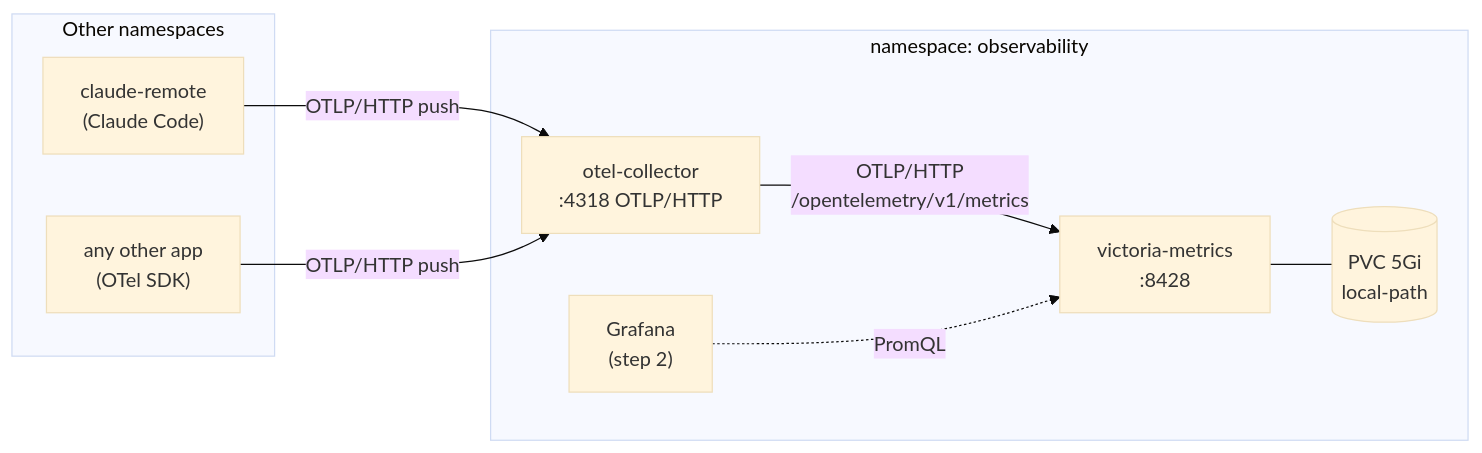
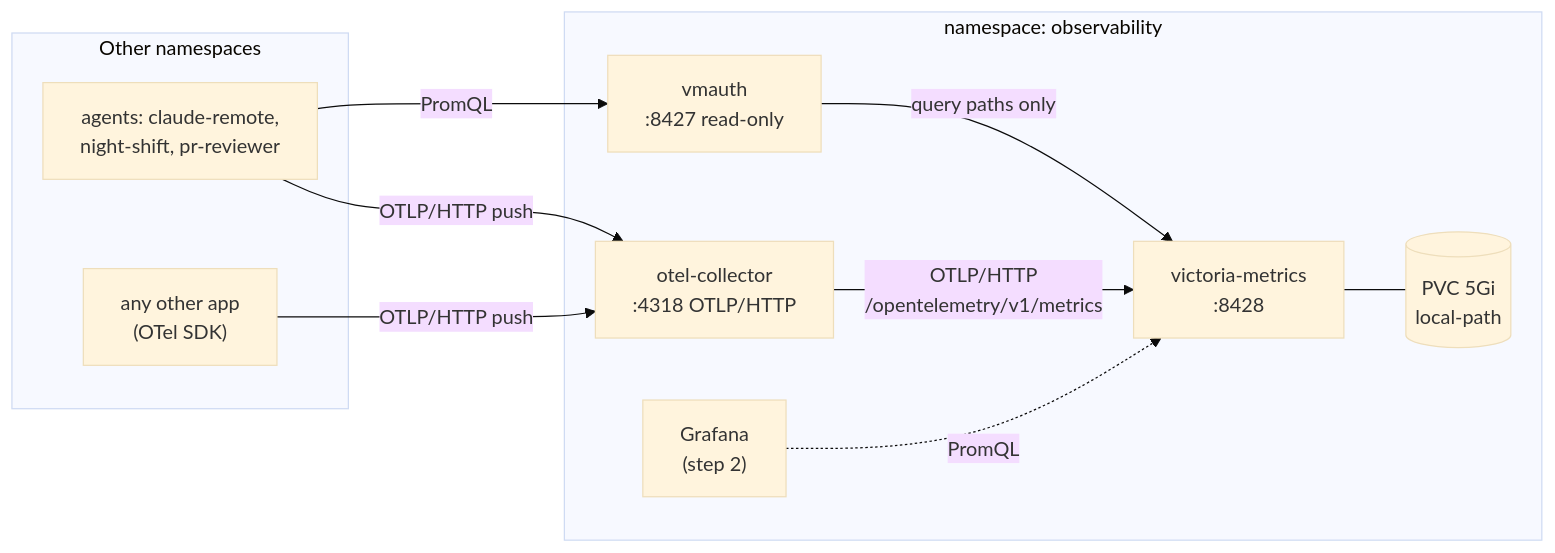
Before and after one commit to martin-nef/cluster-infra: the diagram in nefcloud/observability/README.md, drawn with Mermaid (base theme). The commit also changed other lines of this file and 8 other files, not shown here.

First line of the commit message:
feat(observability): agents push and query metrics; vmauth for read-only PromQL

````diff
--- a/nefcloud/observability/README.md
+++ b/nefcloud/observability/README.md
@@ -17,18 +17,21 @@
 ```mermaid
 flowchart LR
   subgraph senders["Other namespaces"]
-    cc["claude-remote<br/>(Claude Code)"]
+    agents["agents: claude-remote,<br/>night-shift, pr-reviewer"]
     app["any other app<br/>(OTel SDK)"]
   end
   subgraph obs["namespace: observability"]
     col["otel-collector<br/>:4318 OTLP/HTTP"]
+    auth["vmauth<br/>:8427 read-only"]
     vm["victoria-metrics<br/>:8428"]
     pvc[("PVC 5Gi<br/>local-path")]
     graf["Grafana<br/>(step 2)"]
   end
-  cc -- "OTLP/HTTP push" --> col
+  agents -- "OTLP/HTTP push" --> col
   app -- "OTLP/HTTP push" --> col
+  agents -- "PromQL" --> auth
   col -- "OTLP/HTTP<br/>/opentelemetry/v1/metrics" --> vm
+  auth -- "query paths only" --> vm
   vm --- pvc
   graf -. "PromQL" .-> vm
 ```
````
